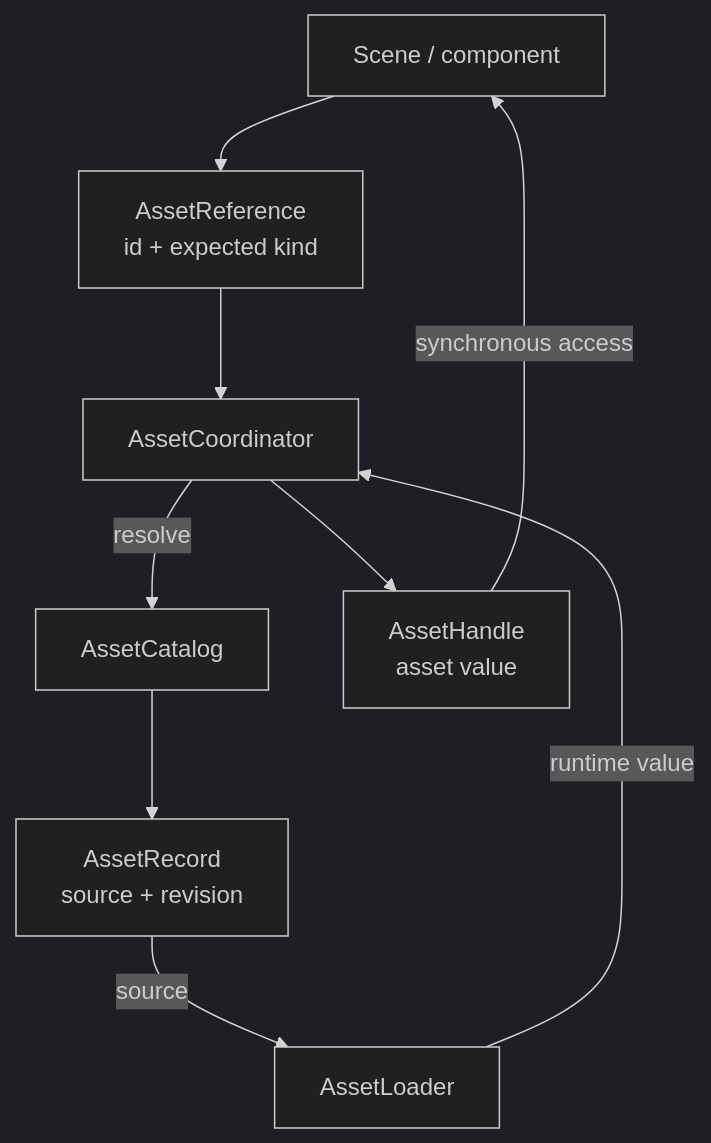
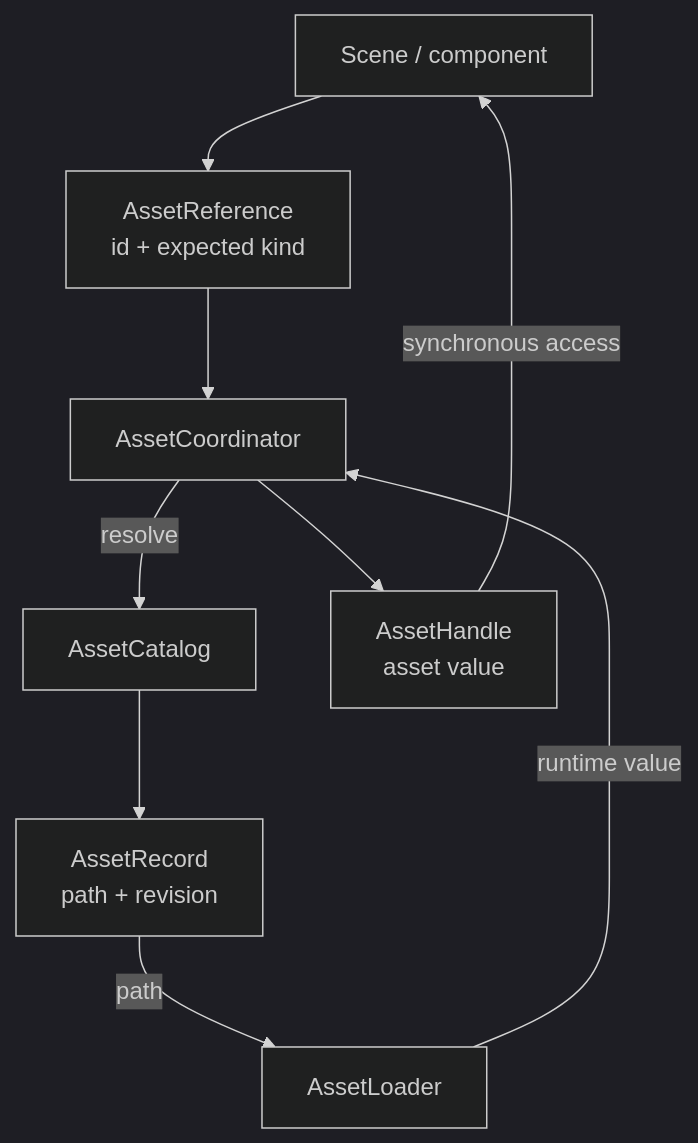
The diagram in packages/asset/README.md (JollyPixel/editor), drawn with Mermaid (dark theme) before and after one commit. The commit also changed other lines of this file and 135 other files, not shown here.

````diff
--- a/packages/asset/README.md
+++ b/packages/asset/README.md
@@ -22,19 +22,19 @@
 ```mermaid
 flowchart TB
     Scene["Scene / component"]
     Reference["AssetReference<br/>id + expected kind"]
     Coordinator["AssetCoordinator"]
     Catalog["AssetCatalog"]
-    Record["AssetRecord<br/>source + revision"]
+    Record["AssetRecord<br/>path + revision"]
     Loader["AssetLoader"]
     Handle["AssetHandle<br/>asset value"]
 
     Scene --> Reference
     Reference --> Coordinator
     Coordinator -->|"resolve"| Catalog
     Catalog --> Record
-    Record -->|"source"| Loader
+    Record -->|"path"| Loader
     Loader -->|"runtime value"| Coordinator
     Coordinator --> Handle
     Handle -->|"synchronous access"| Scene
 ```
````
